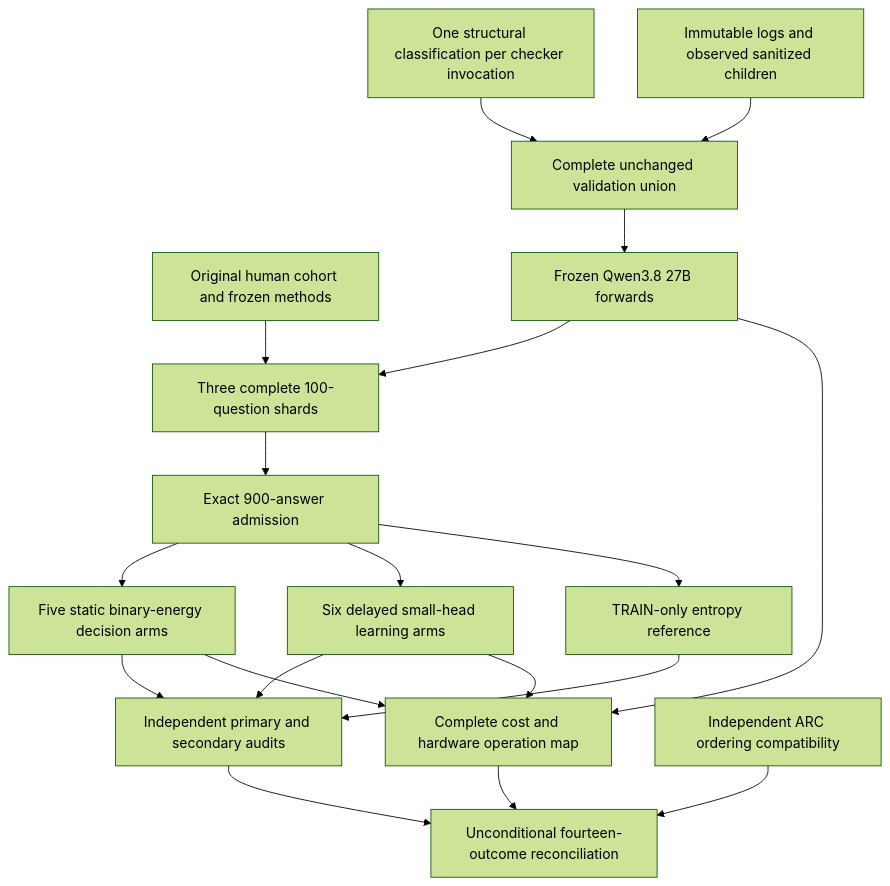
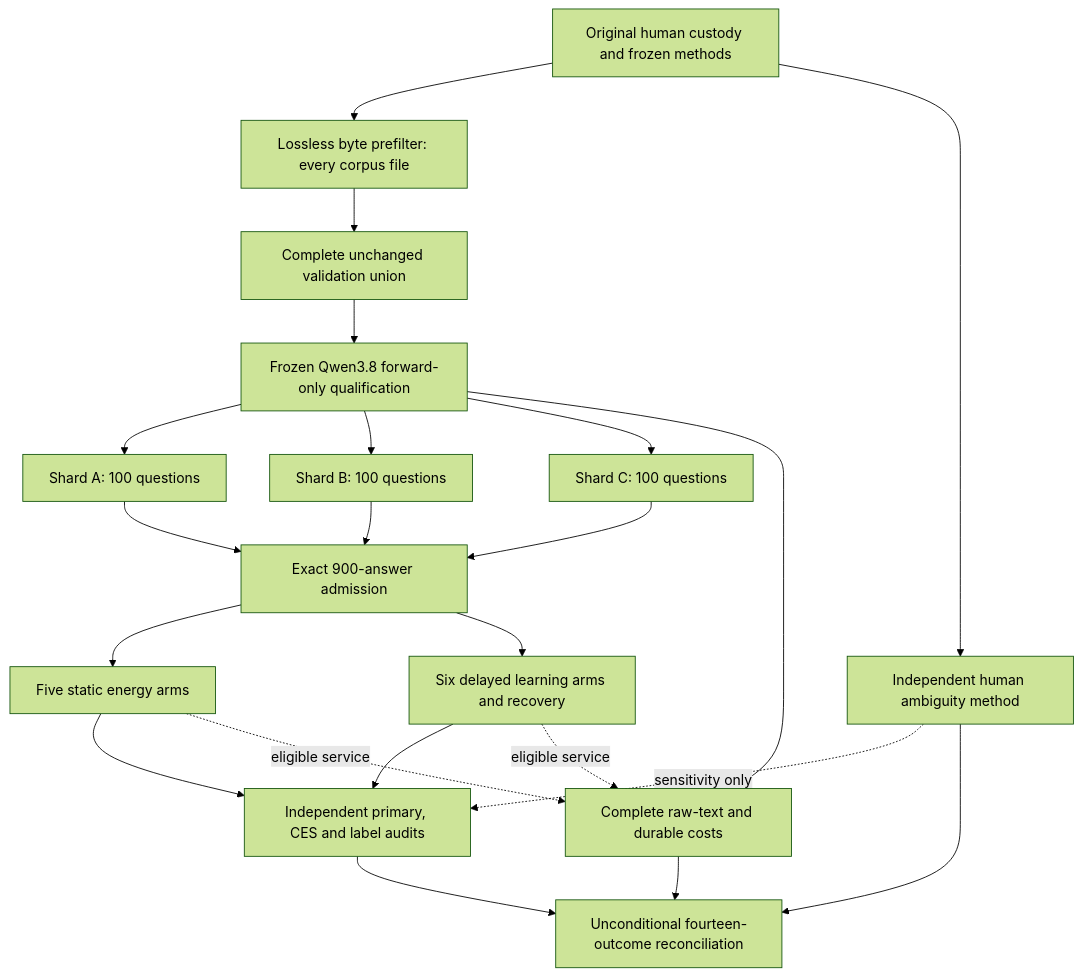
Before and after one commit to Carnot-EBM/carnot-ebm: the diagram in openspec/change-proposals/research-roadmap-vNEXT.md, drawn with Mermaid (forest theme). The commit also changed other lines of this file and 22 other files, not shown here.

````diff
--- a/openspec/change-proposals/research-roadmap-vNEXT.md
+++ b/openspec/change-proposals/research-roadmap-vNEXT.md
@@ -88,30 +94,31 @@
 ```mermaid
 flowchart TD
-  C[Original human cohort and frozen methods]
-  R[One structural classification per checker invocation]
-  T[Immutable logs and observed sanitized children]
+  C[Original human custody and frozen methods]
+  P[Lossless byte prefilter: every corpus file]
   V[Complete unchanged validation union]
-  Q[Frozen Qwen3.8 27B forwards]
-  X[Three complete 100-question shards]
+  Q[Frozen Qwen3.8 forward-only qualification]
+  A[Shard A: 100 questions]
+  B[Shard B: 100 questions]
+  D[Shard C: 100 questions]
   J[Exact 900-answer admission]
-  S[Five static binary-energy decision arms]
-  L[Six delayed small-head learning arms]
-  E[TRAIN-only entropy reference]
-  A[Independent primary and secondary audits]
-  K[Complete cost and hardware operation map]
-  P[Independent ARC ordering compatibility]
+  S[Five static energy arms]
+  L[Six delayed learning arms and recovery]
+  U[Independent human ambiguity method]
+  E[Independent primary, CES and label audits]
+  K[Complete raw-text and durable costs]
   Z[Unconditional fourteen-outcome reconciliation]
-  R --> V
-  T --> V
-  V --> Q --> X --> J
-  C --> X
-  J --> S --> A
-  J --> L --> A
-  J --> E --> A
+  C --> P --> V --> Q
+  C --> U
+  Q --> A --> J
+  Q --> B --> J
+  Q --> D --> J
+  J --> S --> E
+  J --> L --> E
+  U -. sensitivity only .-> E
   Q --> K
-  S --> K
-  L --> K
-  A --> Z
+  S -. eligible service .-> K
+  L -. eligible service .-> K
+  E --> Z
   K --> Z
-  P --> Z
+  U --> Z
 ```
````
